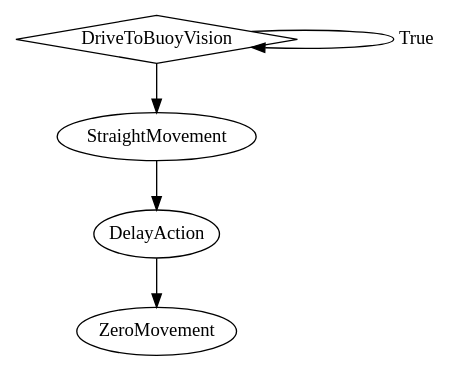
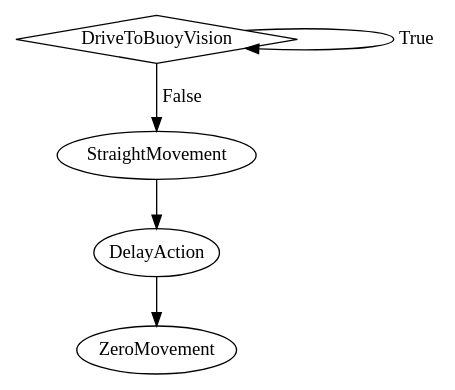
The diagram in graphs/pool-test-3-30-lookup/buoy_hit/buoy_collision_sequence.dot (ncsurobotics/SW8S-Rust), drawn with Graphviz before and after one commit. The commit also changed 25 other files, not shown here.

```diff
--- a/graphs/pool-test-3-30-lookup/buoy_hit/buoy_collision_sequence.dot
+++ b/graphs/pool-test-3-30-lookup/buoy_hit/buoy_collision_sequence.dot
@@ -1,14 +1,14 @@
 digraph G {
-splines = true;
-nodesep = 1.0;
-bgcolor = "none";
-"4361beda-17db-4bad-a375-1a908a97c9f0" [label = "DriveToBuoyVision", margin = 0];
-"4361beda-17db-4bad-a375-1a908a97c9f0" [shape = diamond];
-"4361beda-17db-4bad-a375-1a908a97c9f0" -> "4361beda-17db-4bad-a375-1a908a97c9f0" [label = "True"];
-"3e5176a5-c987-4e4a-a601-81e3bc515f78" [label = "StraightMovement", margin = 0];
-"2050aa49-ce8e-4fef-90b0-eb232b4ebdeb" [label = "DelayAction", margin = 0];
-"4dc04195-951d-43e2-9da2-0a56c7299642" [label = "ZeroMovement", margin = 0];
-"2050aa49-ce8e-4fef-90b0-eb232b4ebdeb" -> "4dc04195-951d-43e2-9da2-0a56c7299642";
-"3e5176a5-c987-4e4a-a601-81e3bc515f78" -> "2050aa49-ce8e-4fef-90b0-eb232b4ebdeb";
-"4361beda-17db-4bad-a375-1a908a97c9f0" -> "3e5176a5-c987-4e4a-a601-81e3bc515f78";
+	splines = true;
+	nodesep = 1.0;
+	bgcolor = "none"
+	"631ec382-2ac8-4239-b577-4b4520851937" [shape = diamond];
+	"631ec382-2ac8-4239-b577-4b4520851937" -> "631ec382-2ac8-4239-b577-4b4520851937" [label = "True"];
+	"e1ddc078-9b9c-4166-9601-4a80d9b2333a" -> "98600426-47de-4b14-81a3-269910520750" ;
+	"ec87f5dc-c6bd-46c8-bdd4-f37a111be36f" -> "e1ddc078-9b9c-4166-9601-4a80d9b2333a" ;
+	"631ec382-2ac8-4239-b577-4b4520851937" -> "ec87f5dc-c6bd-46c8-bdd4-f37a111be36f" [label = "False"];
+	"631ec382-2ac8-4239-b577-4b4520851937" [label = "DriveToBuoyVision", margin = 0];
+	"ec87f5dc-c6bd-46c8-bdd4-f37a111be36f" [label = "StraightMovement", margin = 0];
+	"e1ddc078-9b9c-4166-9601-4a80d9b2333a" [label = "DelayAction", margin = 0];
+	"98600426-47de-4b14-81a3-269910520750" [label = "ZeroMovement", margin = 0];
 }
```
